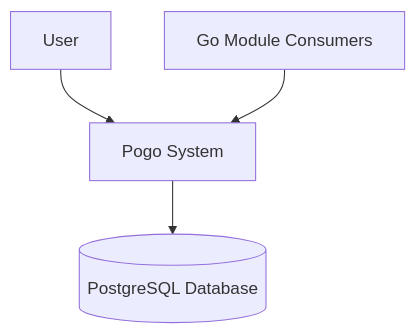
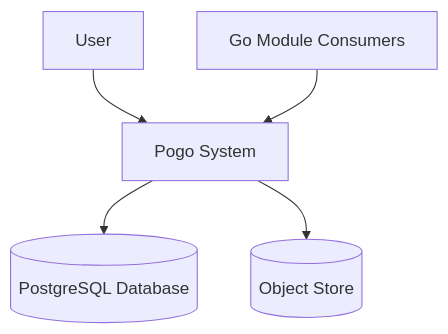
Before and after one commit to pogo-vcs/pogo: the first of 8 diagrams in ARCHITECTURE.md, drawn with Mermaid. The commit also changed other lines of this file and 1 other file, not shown here.

Commit message:
docs: add object store to architecture diagram

````diff
--- a/ARCHITECTURE.md
+++ b/ARCHITECTURE.md
@@ -11,11 +13,13 @@
 ```mermaid
 graph TB
     User[User]
     Pogo[Pogo System]
     PostgreSQL[(PostgreSQL Database)]
+    ObjectStore[(Object Store)]
     GoModules[Go Module Consumers]
-    
+
     User --> Pogo
     Pogo --> PostgreSQL
+    Pogo --> ObjectStore
     GoModules --> Pogo
 ```
````
